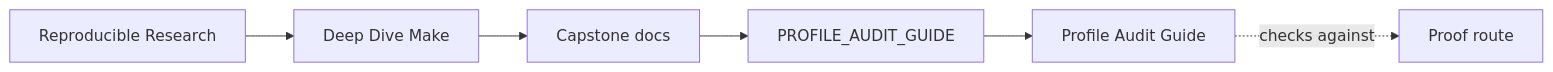
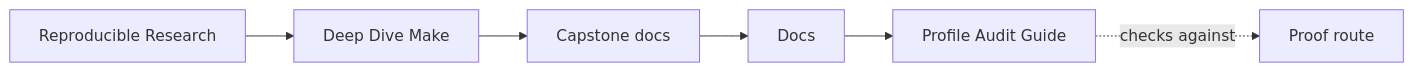
Before and after one commit to bijux/bijux-masterclass: the first of 2 diagrams in programs/reproducible-research/deep-dive-make/capstone/docs/profile-audit-guide.md, drawn with Mermaid. The commit also changed other lines of this file and 146 other files, not shown here.

````diff
--- a/programs/reproducible-research/deep-dive-make/capstone/docs/profile-audit-guide.md
+++ b/programs/reproducible-research/deep-dive-make/capstone/docs/profile-audit-guide.md
@@ -6,12 +6,12 @@
 ```mermaid
 graph LR
   family["Reproducible Research"]
   program["Deep Dive Make"]
   guide["Capstone docs"]
-  section["PROFILE_AUDIT_GUIDE"]
+  section["Docs"]
   page["Profile Audit Guide"]
   proof["Proof route"]
 
   family --> program --> guide --> section --> page
   page -.checks against.-> proof
 ```
````
